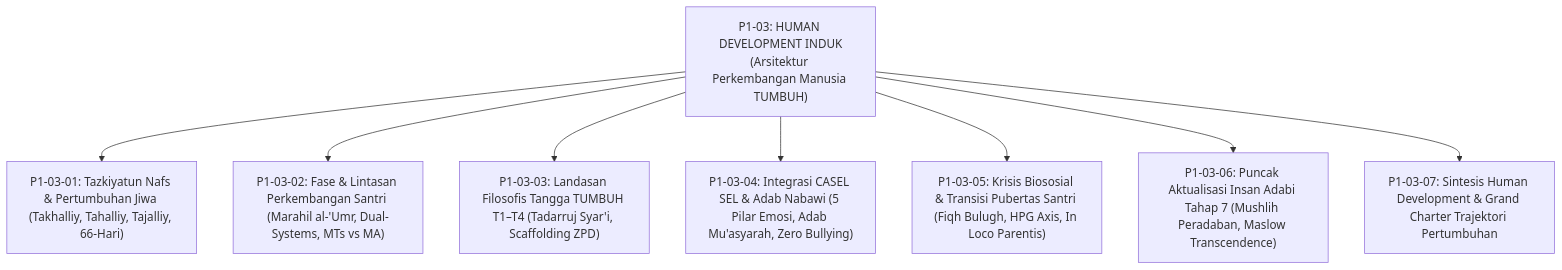
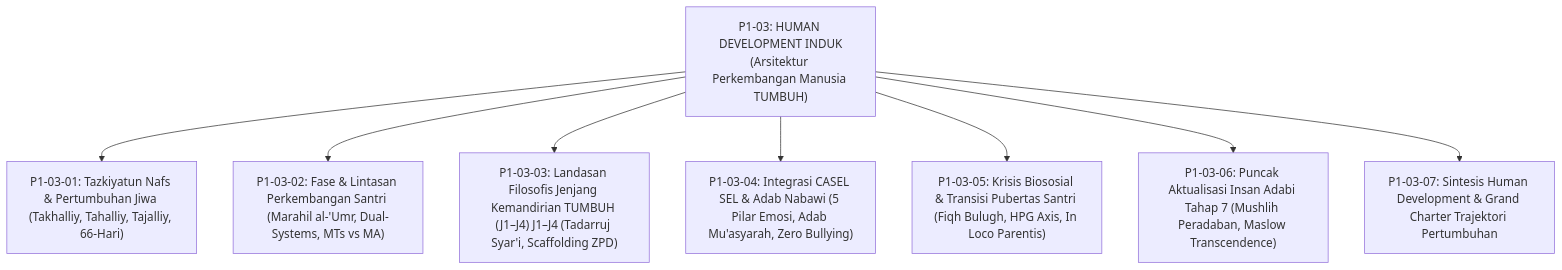
Before and after one commit to wandiapriliyandi/tumbuh: the second of 3 diagrams in 01 Philosophy/03 Human Development/P1-03-Human-Development-TUMBUH.md, drawn with Mermaid. The commit also changed other lines of this file and 209 other files, not shown here.

````diff
--- a/01 Philosophy/03 Human Development/P1-03-Human-Development-TUMBUH.md
+++ b/01 Philosophy/03 Human Development/P1-03-Human-Development-TUMBUH.md
@@ -68,12 +68,12 @@
 ```mermaid
 graph TD
     Master["P1-03: HUMAN DEVELOPMENT INDUK<br/>(Arsitektur Perkembangan Manusia TUMBUH)"]
     
     Master --> M1["P1-03-01: Tazkiyatun Nafs & Pertumbuhan Jiwa (Takhalliy, Tahalliy, Tajalliy, 66-Hari)"]
     Master --> M2["P1-03-02: Fase & Lintasan Perkembangan Santri (Marahil al-'Umr, Dual-Systems, MTs vs MA)"]
-    Master --> M3["P1-03-03: Landasan Filosofis Tangga TUMBUH T1–T4 (Tadarruj Syar'i, Scaffolding ZPD)"]
+    Master --> M3["P1-03-03: Landasan Filosofis Jenjang Kemandirian TUMBUH (J1–J4) J1–J4 (Tadarruj Syar'i, Scaffolding ZPD)"]
     Master --> M4["P1-03-04: Integrasi CASEL SEL & Adab Nabawi (5 Pilar Emosi, Adab Mu'asyarah, Zero Bullying)"]
     Master --> M5["P1-03-05: Krisis Biososial & Transisi Pubertas Santri (Fiqh Bulugh, HPG Axis, In Loco Parentis)"]
     Master --> M6["P1-03-06: Puncak Aktualisasi Insan Adabi Tahap 7 (Mushlih Peradaban, Maslow Transcendence)"]
     Master --> M7["P1-03-07: Sintesis Human Development & Grand Charter Trajektori Pertumbuhan"]
 ```
````
